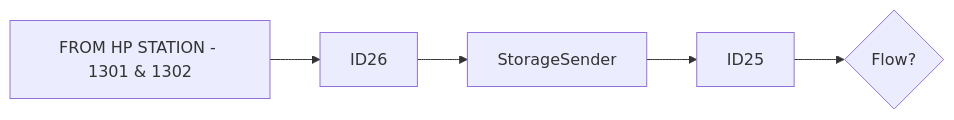
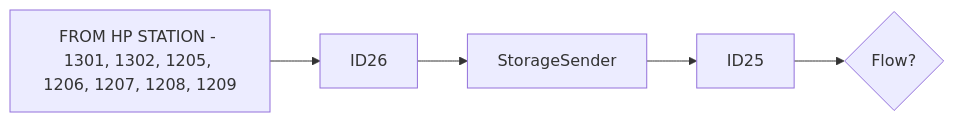
Before and after one commit to luthfiadityaa/SimeDarby-Wiki: the first of 3 diagrams in Basic-Design/DFD-WMS/Retrieval/Unplanned-Retrieval-from-HP-Area.md, drawn with Mermaid.

Commit message:
Updated Unplanned Retrieval from HP Area

```diff
--- a/Basic-Design/DFD-WMS/Retrieval/Unplanned-Retrieval-from-HP-Area.md
+++ b/Basic-Design/DFD-WMS/Retrieval/Unplanned-Retrieval-from-HP-Area.md
@@ -6,5 +6,5 @@
 ::: mermaid
 flowchart LR
   
-P1[FROM HP STATION - 1301 & 1302]-->P2[ID26]-->P3[StorageSender]-->P4[ID25]-->Cond1{Flow?} 
+P1[FROM HP STATION - 1301, 1302, 1205, 1206, 1207, 1208, 1209]-->P2[ID26]-->P3[StorageSender]-->P4[ID25]-->Cond1{Flow?} 
 :::
```
